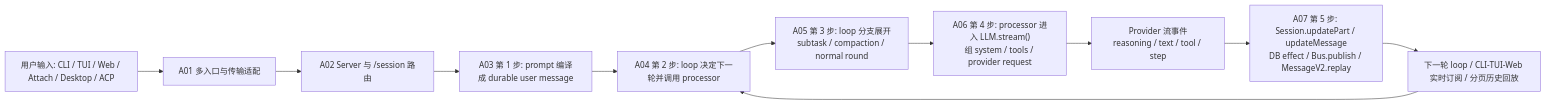
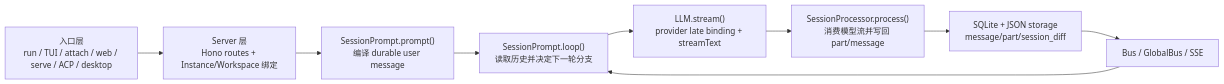
Before and after one commit to feuyeux/agent-study: the diagram in opencode_kickoff/README.md, drawn with Mermaid. The commit also changed other lines of this file and 18 other files, not shown here.

Commit message:
docs: Refine OpenCode architectural documentation, clarify state model details, and add deep-dive analysis files.

````diff
--- a/opencode_kickoff/README.md
+++ b/opencode_kickoff/README.md
@@ -18,25 +49,20 @@
 ```mermaid
 flowchart LR
+    Entry["入口层<br/>run / TUI / attach / web / serve / ACP / desktop"]
+    Server["Server 层<br/>Hono routes + Instance/Workspace 绑定"]
+    Prompt["SessionPrompt.prompt()<br/>编译 durable user message"]
+    Loop["SessionPrompt.loop()<br/>读取历史并决定下一轮分支"]
+    Processor["SessionProcessor.process()<br/>消费模型流并写回 part/message"]
+    LLM["LLM.stream()<br/>provider late binding + streamText"]
+    DB["SQLite + JSON storage<br/>message/part/session_diff"]
+    Bus["Bus / GlobalBus / SSE"]
 
-    U["用户输入: CLI / TUI / Web / Attach / Desktop / ACP"]
-    A01["A01 多入口与传输适配"]
-    A02["A02 Server 与 /session 路由"]
-    A03["A03 第 1 步: prompt 编译成 durable user message"]
-    A04["A04 第 2 步: loop 决定下一轮并调用 processor"]
-    A05["A05 第 3 步: loop 分支展开<br/>subtask / compaction / normal round"]
-    A06["A06 第 4 步: processor 进入 LLM.stream()<br/>组 system / tools / provider request"]
-    P["Provider 流事件<br/>reasoning / text / tool / step"]
-    A07["A07 第 5 步: Session.updatePart / updateMessage<br/>DB effect / Bus.publish / MessageV2.replay"]
-    R["下一轮 loop / CLI-TUI-Web 实时订阅 / 分页历史回放"]
-
-    U --> A01
-    A01 --> A02
-    A02 --> A03
-    A03 --> A04
-    A04 --> A05
-    A05 --> A06
-    A06 --> P
-    P --> A07
-    A07 --> R
-    R --> A04
+    Entry --> Server
+    Server --> Prompt
+    Prompt --> Loop
+    Loop --> LLM
+    LLM --> Processor
+    Processor --> DB
+    DB --> Bus
+    Bus --> Loop
 ```
````
